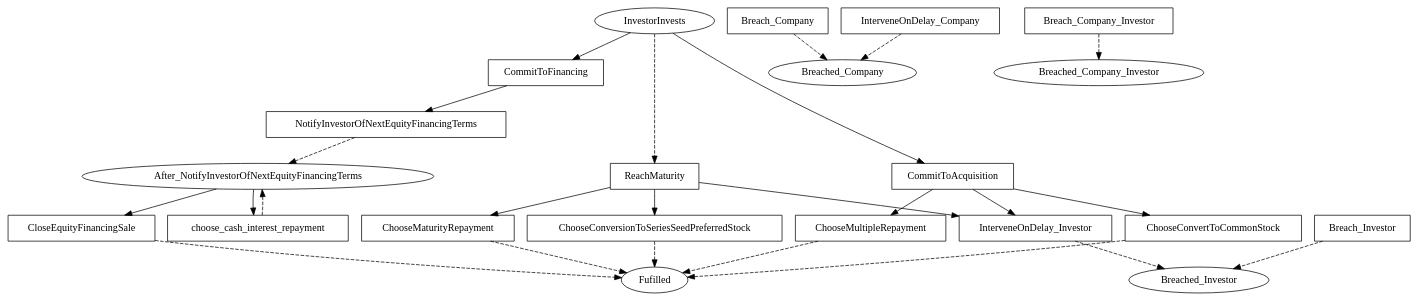
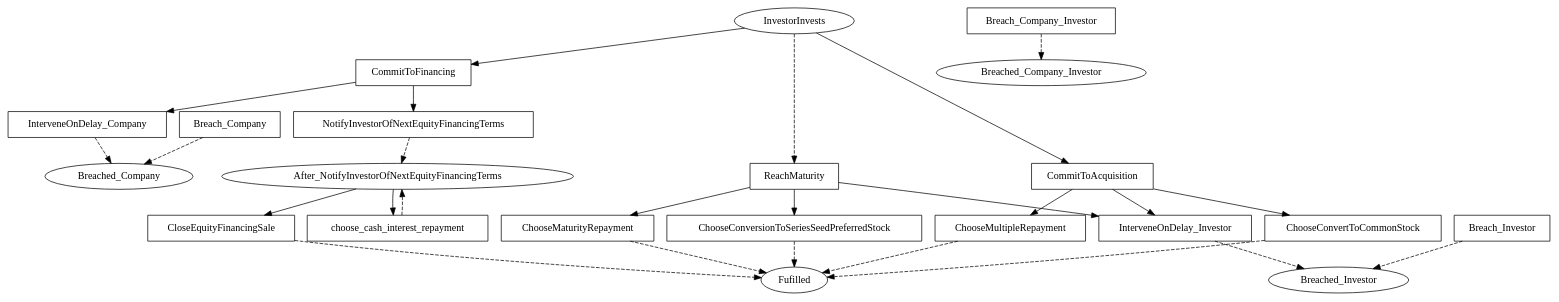
Before and after one commit to Marcao02/complaw-deeptech: the diagram in linear_state_machine_language/pyL4/examples/out_graphviz/serious/KISS.dot, drawn with Graphviz. The commit also changed 39 other files, not shown here.

```diff
--- a/linear_state_machine_language/pyL4/examples/out_graphviz/serious/KISS.dot
+++ b/linear_state_machine_language/pyL4/examples/out_graphviz/serious/KISS.dot
@@ -1,58 +1,59 @@
 // THIS IS A GENERATED FILE. DO NOT EDIT.
 
 digraph KISS {    
     Fulfilled[label=Fufilled];
     InvestorInvests[label=InvestorInvests];
 	After_NotifyInvestorOfNextEquityFinancingTerms[label=After_NotifyInvestorOfNextEquityFinancingTerms];
 	Breached_Investor[label=Breached_Investor];
 	Breached_Company[label=Breached_Company];
 	Breached_Company_Investor[label=Breached_Company_Investor]
     
      
     CommitToFinancing[label=CommitToFinancing,shape=box];
 	NotifyInvestorOfNextEquityFinancingTerms[label=NotifyInvestorOfNextEquityFinancingTerms,shape=box];
 	choose_cash_interest_repayment[label=choose_cash_interest_repayment,shape=box];
 	CloseEquityFinancingSale[label=CloseEquityFinancingSale,shape=box];
 	CommitToAcquisition[label=CommitToAcquisition,shape=box];
 	ChooseMultipleRepayment[label=ChooseMultipleRepayment,shape=box];
 	ChooseConvertToCommonStock[label=ChooseConvertToCommonStock,shape=box];
 	ReachMaturity[label=ReachMaturity,shape=box];
 	ChooseMaturityRepayment[label=ChooseMaturityRepayment,shape=box];
 	ChooseConversionToSeriesSeedPreferredStock[label=ChooseConversionToSeriesSeedPreferredStock,shape=box];
 	Breach_Investor[label=Breach_Investor,shape=box];
 	Breach_Company[label=Breach_Company,shape=box];
 	Breach_Company_Investor[label=Breach_Company_Investor,shape=box];
 	InterveneOnDelay_Investor[label=InterveneOnDelay_Investor,shape=box];
 	InterveneOnDelay_Company[label=InterveneOnDelay_Company,shape=box]    
     
     
     
     InvestorInvests -> CommitToAcquisition;
 	InvestorInvests -> CommitToFinancing;
 	InvestorInvests -> ReachMaturity [style=dashed];
 	CommitToFinancing -> NotifyInvestorOfNextEquityFinancingTerms;
+	CommitToFinancing -> InterveneOnDelay_Company;
 	After_NotifyInvestorOfNextEquityFinancingTerms -> choose_cash_interest_repayment;
 	After_NotifyInvestorOfNextEquityFinancingTerms -> CloseEquityFinancingSale;
 	CommitToAcquisition -> ChooseMultipleRepayment;
 	CommitToAcquisition -> ChooseConvertToCommonStock;
 	CommitToAcquisition -> InterveneOnDelay_Investor;
 	ReachMaturity -> ChooseConversionToSeriesSeedPreferredStock;
 	ReachMaturity -> ChooseMaturityRepayment;
 	ReachMaturity -> InterveneOnDelay_Investor
     
     NotifyInvestorOfNextEquityFinancingTerms -> After_NotifyInvestorOfNextEquityFinancingTerms [style=dashed];
 	CloseEquityFinancingSale -> Fulfilled [style=dashed];
 	ChooseMultipleRepayment -> Fulfilled [style=dashed];
 	ChooseConvertToCommonStock -> Fulfilled [style=dashed];
 	ChooseMaturityRepayment -> Fulfilled [style=dashed];
 	ChooseConversionToSeriesSeedPreferredStock -> Fulfilled [style=dashed];
 	Breach_Investor -> Breached_Investor [style=dashed];
 	Breach_Company -> Breached_Company [style=dashed];
 	Breach_Company_Investor -> Breached_Company_Investor [style=dashed];
 	InterveneOnDelay_Investor -> Breached_Investor [style=dashed];
 	InterveneOnDelay_Company -> Breached_Company [style=dashed];
 	     
     
     choose_cash_interest_repayment -> After_NotifyInvestorOfNextEquityFinancingTerms [style=dashed];
 	   
 }
```
